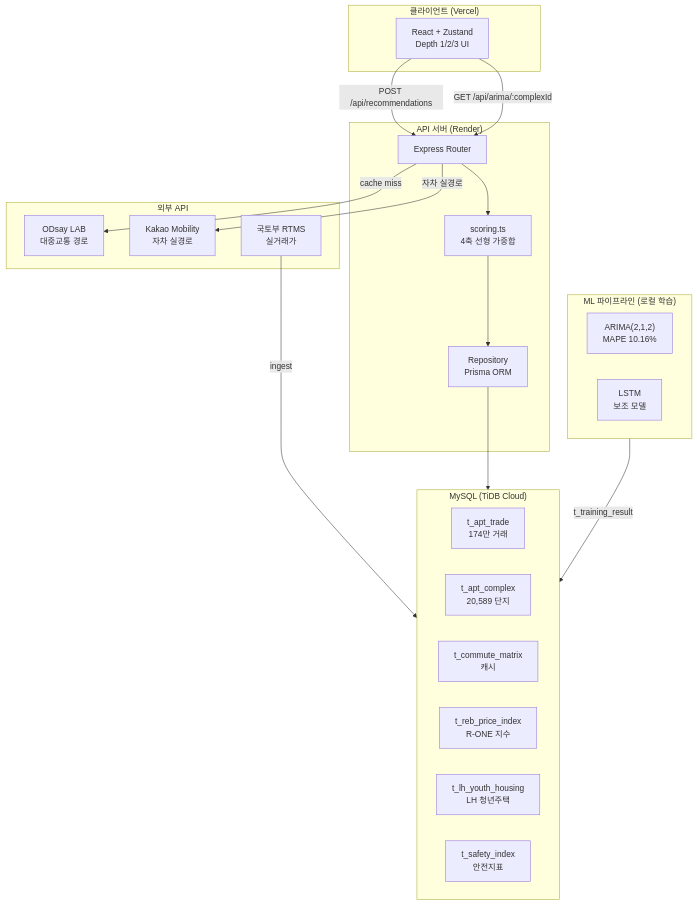
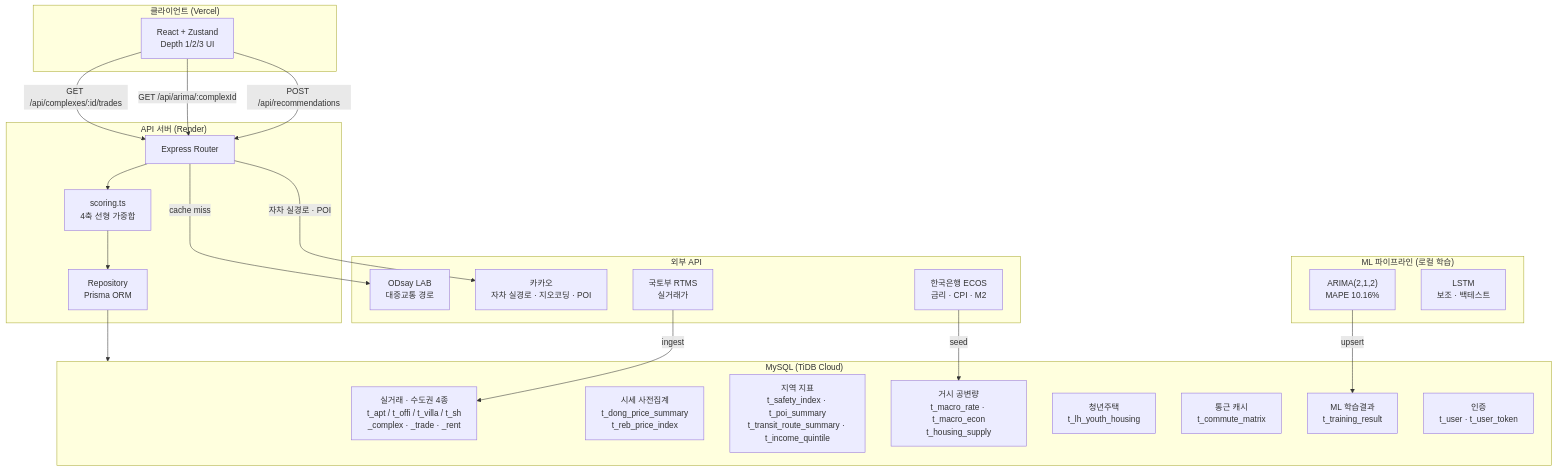
Before and after one commit to eunseeeoking/NaODiSalm_Main: the diagram in README.md, drawn with Mermaid. The commit also changed other lines of this file and 1 other file, not shown here.

````diff
--- a/README.md
+++ b/README.md
@@ -74,41 +74,45 @@
 ```mermaid
 graph TD
     subgraph Client["클라이언트 (Vercel)"]
         UI["React + Zustand\nDepth 1/2/3 UI"]
     end
 
     subgraph Server["API 서버 (Render)"]
         API["Express Router"]
         SCORE["scoring.ts\n4축 선형 가중합"]
         REPO["Repository\nPrisma ORM"]
     end
 
     subgraph DB["MySQL (TiDB Cloud)"]
-        direction LR
-        TRADE["t_apt_trade\n174만 거래"]
-        COMPLEX["t_apt_complex\n20,589 단지"]
-        CACHE["t_commute_matrix\n캐시"]
-        REB["t_reb_price_index\nR-ONE 지수"]
-        LH["t_lh_youth_housing\nLH 청년주택"]
-        SAFETY["t_safety_index\n안전지표"]
+        RTMS["실거래 · 수도권 4종\nt_apt / t_offi / t_villa / t_sh\n_complex · _trade · _rent"]
+        AGG["시세 사전집계\nt_dong_price_summary\nt_reb_price_index"]
+        REGION["지역 지표\nt_safety_index · t_poi_summary\nt_transit_route_summary · t_income_quintile"]
+        SUPPLY["거시 공변량\nt_macro_rate · t_macro_econ\nt_housing_supply"]
+        LH["청년주택\nt_lh_youth_housing"]
+        CACHE["통근 캐시\nt_commute_matrix"]
+        TRAIN["ML 학습결과\nt_training_result"]
+        AUTH["인증\nt_user · t_user_token"]
     end
 
     subgraph External["외부 API"]
         ODSAY["ODsay LAB\n대중교통 경로"]
-        KAKAO["Kakao Mobility\n자차 실경로"]
+        KAKAO["카카오\n자차 실경로 · 지오코딩 · POI"]
         MOLIT["국토부 RTMS\n실거래가"]
+        ECOS["한국은행 ECOS\n금리 · CPI · M2"]
     end
 
     subgraph ML["ML 파이프라인 (로컬 학습)"]
         ARIMA["ARIMA(2,1,2)\nMAPE 10.16%"]
-        LSTM["LSTM\n보조 모델"]
+        LSTM["LSTM\n보조 · 백테스트"]
     end
 
     UI -->|POST /api/recommendations| API
     UI -->|GET /api/arima/:complexId| API
+    UI -->|GET /api/complexes/:id/trades| API
     API --> SCORE --> REPO --> DB
     API -->|cache miss| ODSAY
-    API -->|자차 실경로| KAKAO
-    ML -->|t_training_result| DB
-    MOLIT -->|ingest| TRADE
+    API -->|자차 실경로 · POI| KAKAO
+    ARIMA -->|upsert| TRAIN
+    MOLIT -->|ingest| RTMS
+    ECOS -->|seed| SUPPLY
 ```
````
